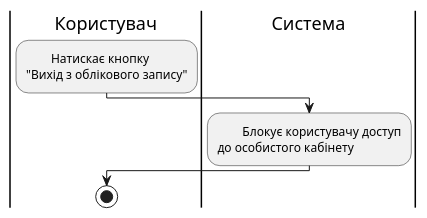
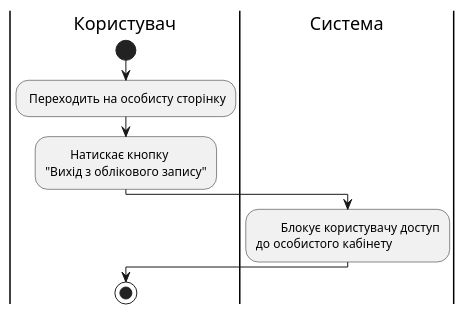
Before and after one commit to edu-db/edu_db_labs: the fifth of 14 diagrams in docs/use cases/README.md, drawn with PlantUML. The commit also changed other lines of this file and 1 other file, not shown here.

```diff
--- a/docs/use cases/README.md
+++ b/docs/use cases/README.md
@@ -158,12 +157,14 @@
 @startuml
-  
+
 |Користувач|
+start;
+: Переходить на особисту сторінку;
 : \tНатискає кнопку\n"Вихід з облікового запису";
 
 |Система|
 : \tБлокує користувачу доступ\nдо особистого кабінету;
 
 |Користувач|
 stop;
   
 @enduml
```
